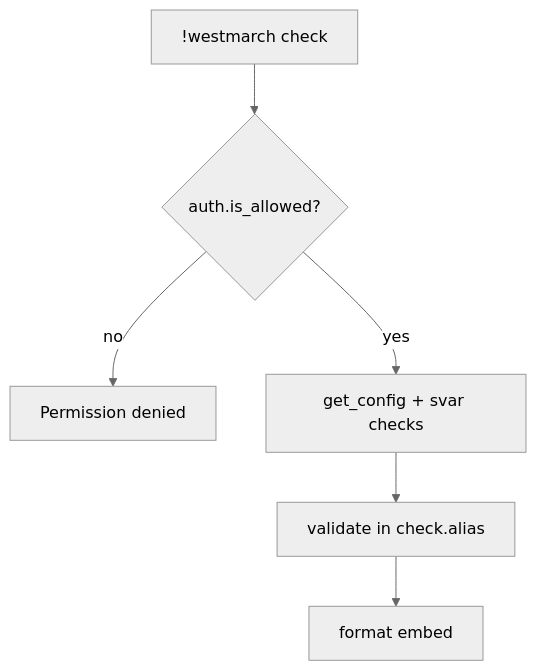
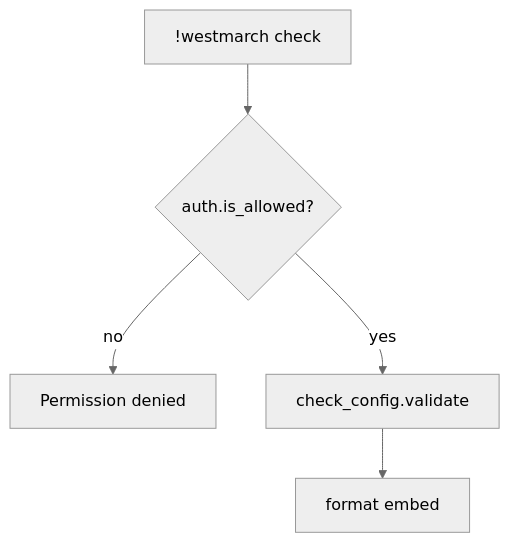
One commit to Sykander/westmarch-generic changed the diagram in docs/internal/projects/westmarch-statement/aliases/admin/check.md. Above: the diagram before and after it, drawn with Mermaid (neutral theme). The commit also changed other lines of this file and 64 other files, not shown here.

````diff
--- a/docs/internal/projects/westmarch-statement/aliases/admin/check.md
+++ b/docs/internal/projects/westmarch-statement/aliases/admin/check.md
@@ -43,8 +79,7 @@
 ```mermaid
 flowchart TD
   A["!westmarch check"] --> B{auth.is_allowed?}
   B -->|no| Z[Permission denied]
-  B -->|yes| D[get_config + svar checks]
-  D --> E[validate in check.alias]
-  E --> F[format embed]
+  B -->|yes| C[check_config.validate]
+  C --> D[format embed]
 ```
````
